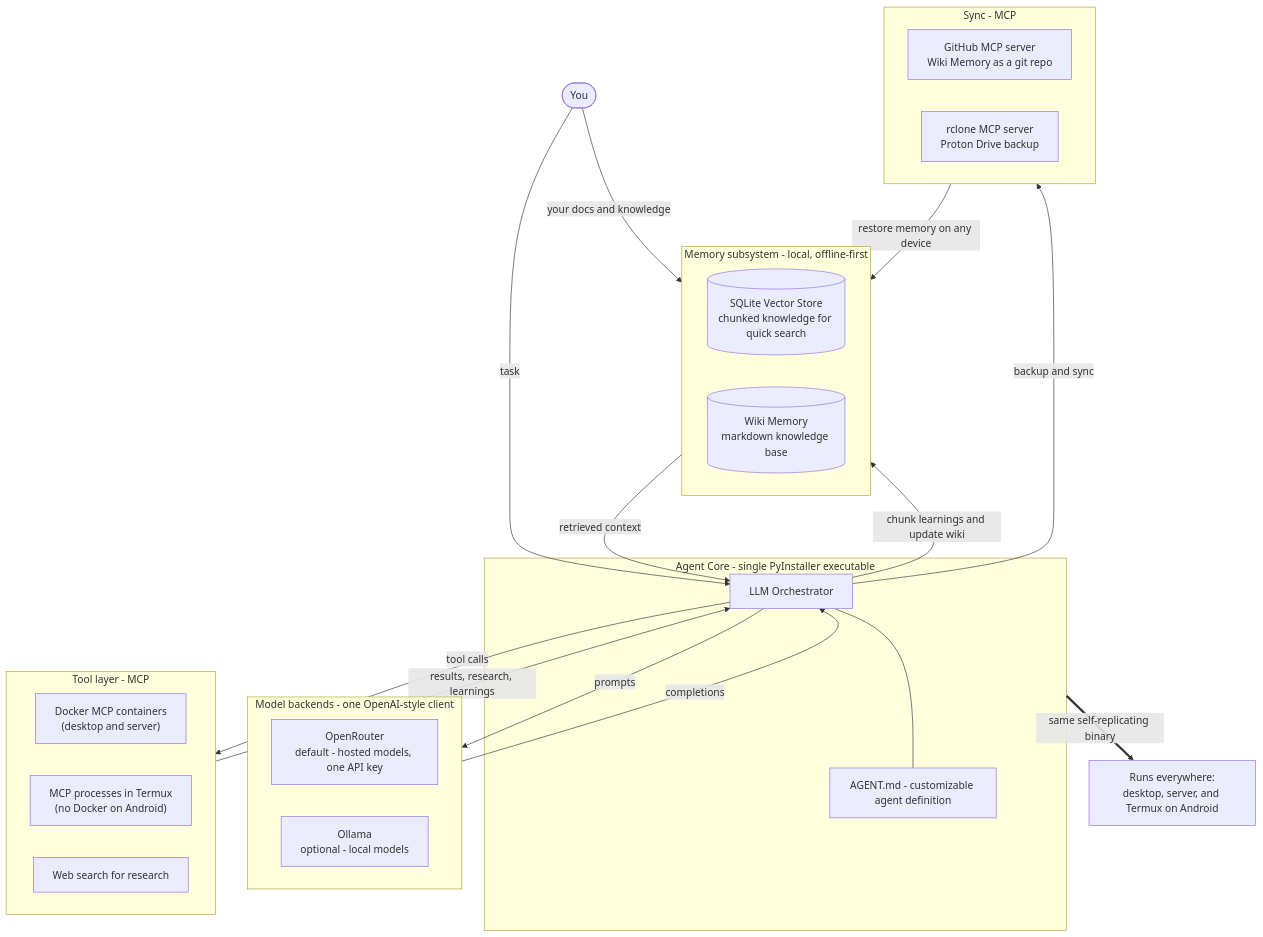
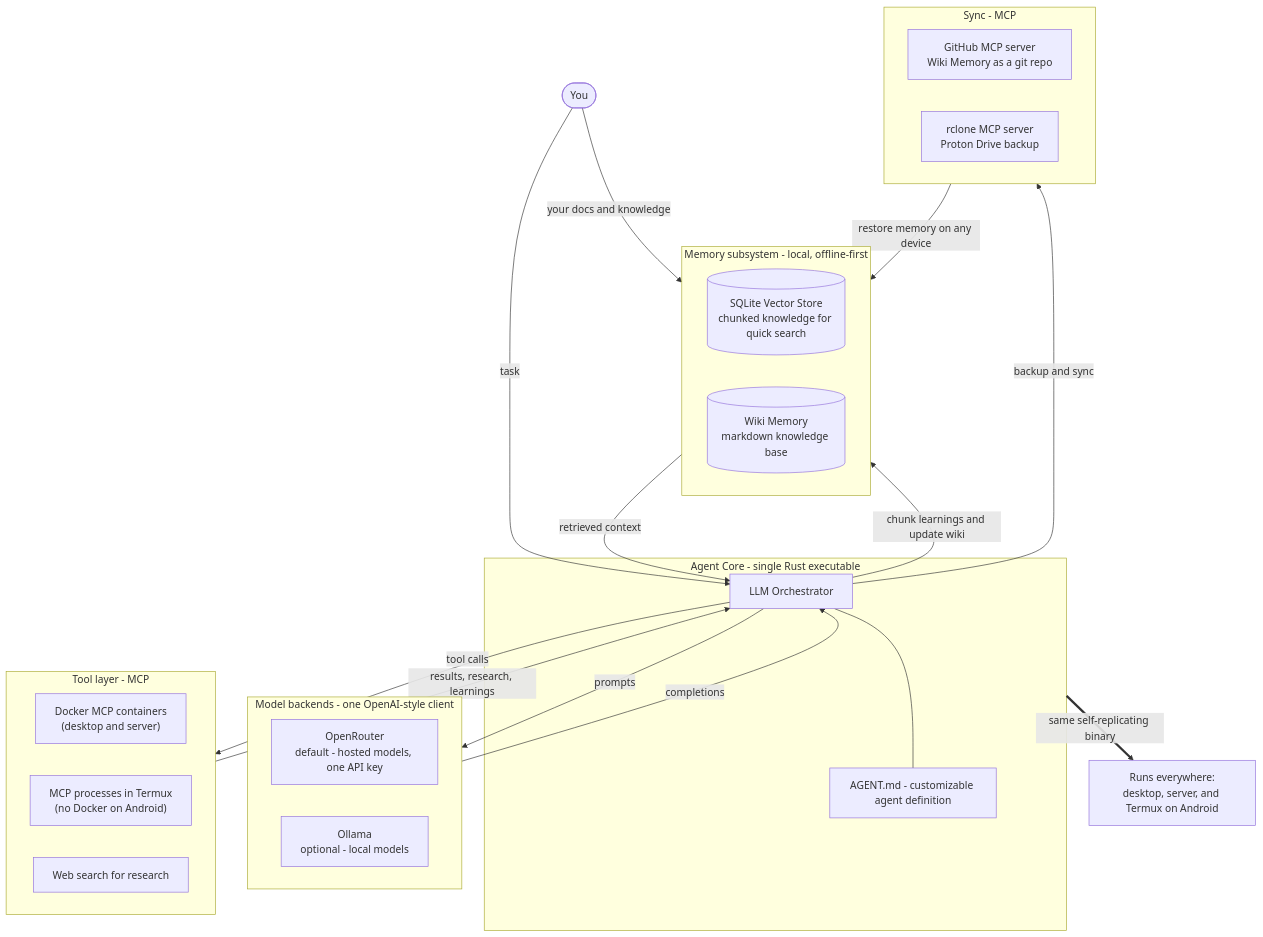
The diagram in README.md (decyphertek-io/DeCypherTek.ai), drawn with Mermaid before and after one commit. The commit also changed other lines of this file, not shown here.

Commit message:
docs: switch to a single Rust executable with android-arm/ and pc/ release folders

````diff
--- a/README.md
+++ b/README.md
@@ -42,41 +43,41 @@
 ```mermaid
 flowchart TB
-    subgraph Core["Agent Core - single PyInstaller executable"]
+    subgraph Core["Agent Core - single Rust executable"]
         Orchestrator["LLM Orchestrator"]
         AgentDef["AGENT.md - customizable agent definition"]
         Orchestrator --- AgentDef
     end
 
     subgraph Memory["Memory subsystem - local, offline-first"]
         Vector[("SQLite Vector Store<br/>chunked knowledge for quick search")]
         Wiki[("Wiki Memory<br/>markdown knowledge base")]
     end
 
     subgraph Models["Model backends - one OpenAI-style client"]
         OpenRouter["OpenRouter<br/>default - hosted models, one API key"]
         Ollama["Ollama<br/>optional - local models"]
     end
 
     subgraph Tools["Tool layer - MCP"]
         Docker["Docker MCP containers<br/>(desktop and server)"]
         Native["MCP processes in Termux<br/>(no Docker on Android)"]
         Web["Web search for research"]
     end
 
     subgraph Sync["Sync - MCP"]
         Ghsync["GitHub MCP server<br/>Wiki Memory as a git repo"]
         Rclone["rclone MCP server<br/>Proton Drive backup"]
     end
 
     You([You]) -->|task| Orchestrator
     You -->|your docs and knowledge| Memory
     Memory -->|retrieved context| Orchestrator
     Orchestrator -->|chunk learnings and update wiki| Memory
     Orchestrator -->|prompts| Models
     Models -->|completions| Orchestrator
     Orchestrator -->|tool calls| Tools
     Tools -->|results, research, learnings| Orchestrator
     Orchestrator -->|backup and sync| Sync
     Sync -->|restore memory on any device| Memory
     Core ==>|same self-replicating binary| Deploy["Runs everywhere:<br/>desktop, server, and Termux on Android"]
 ```
````
